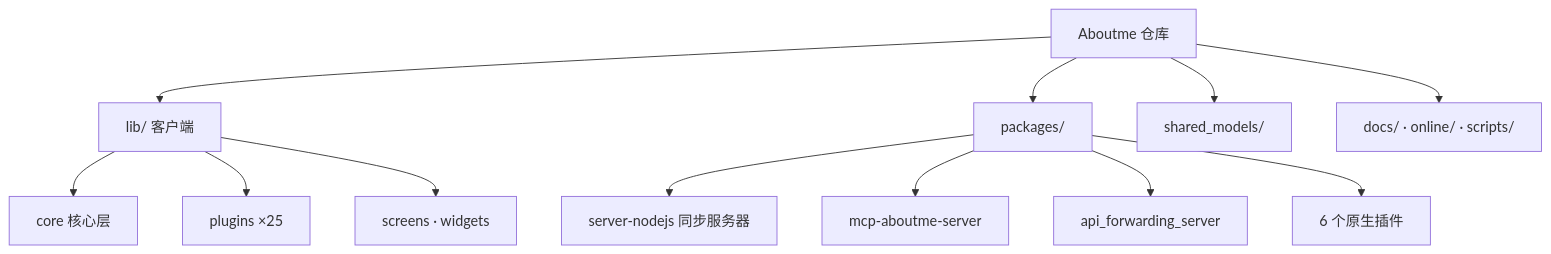
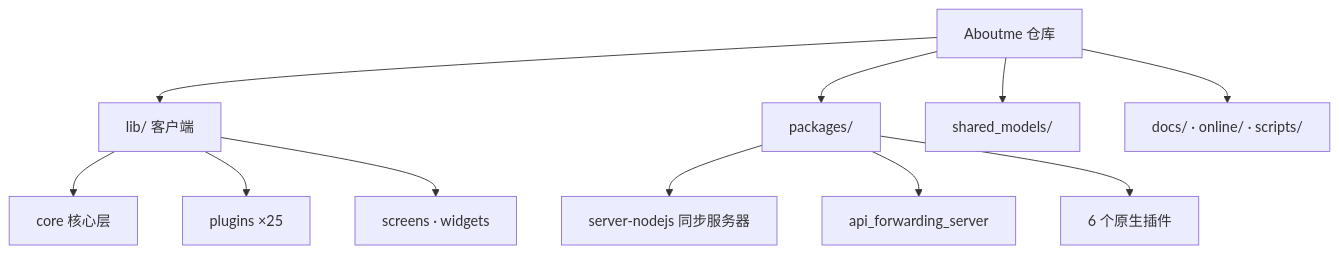
The diagram in CLAUDE.md (hunmer/about-me), drawn with Mermaid before and after one commit. The commit also changed other lines of this file and 55 other files, not shown here.

````diff
--- a/CLAUDE.md
+++ b/CLAUDE.md
@@ -49,14 +48,13 @@
 ```mermaid
 graph TD
     Root["Aboutme 仓库"] --> Lib["lib/ 客户端"]
     Root --> Pkg["packages/"]
     Root --> Shared["shared_models/"]
     Root --> Docs["docs/ · online/ · scripts/"]
     Pkg --> Srv["server-nodejs 同步服务器"]
-    Pkg --> MCP["mcp-aboutme-server"]
     Pkg --> FWD["api_forwarding_server"]
     Pkg --> Native["6 个原生插件"]
     Lib --> Core["core 核心层"]
     Lib --> Plugins["plugins ×25"]
     Lib --> UI["screens · widgets"]
 ```
````
